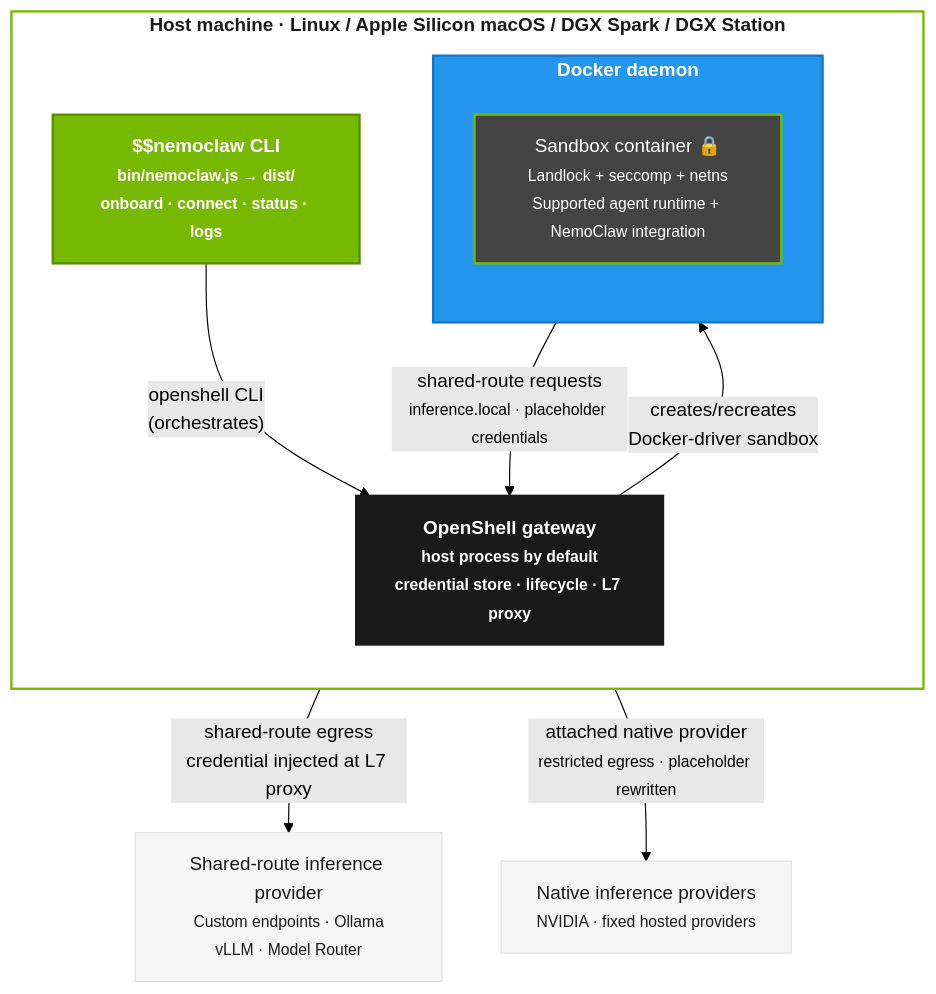
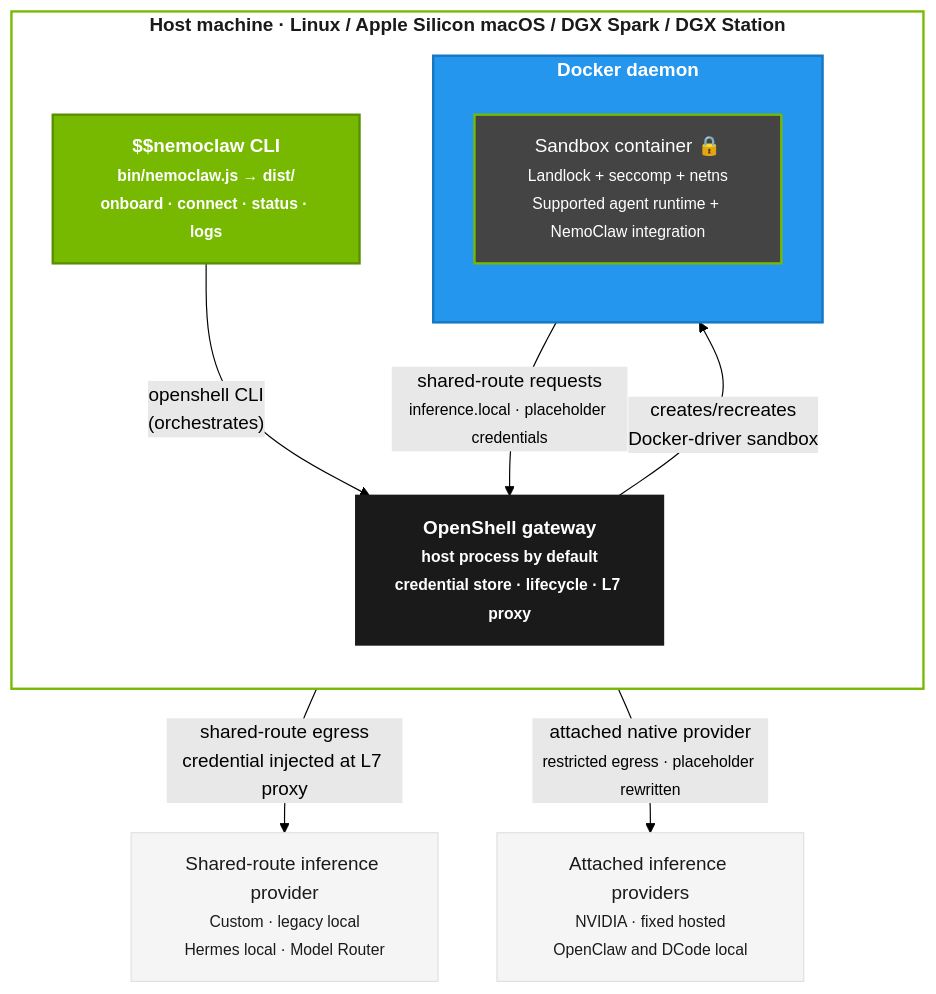
The second of 3 diagrams in docs/reference/architecture.mdx (Akhilvallala1/NemoClaw), drawn with Mermaid (forest theme) before and after one commit. The commit also changed other lines of this file and 31 other files, not shown here.

Commit message:
fix(inference): align native credentials and legacy rebuild preflight

````diff
--- a/docs/reference/architecture.mdx
+++ b/docs/reference/architecture.mdx
@@ -154,34 +154,34 @@
 ```mermaid
 graph TB
     classDef host fill:#fff,stroke:#76b900,stroke-width:2px,color:#1a1a1a,font-weight:bold
     classDef cli fill:#76b900,stroke:#5a8f00,color:#fff,stroke-width:2px,font-weight:bold
     classDef docker fill:#2496ed,stroke:#1577c2,color:#fff,stroke-width:2px,font-weight:bold
     classDef gateway fill:#1a1a1a,stroke:#1a1a1a,color:#fff,stroke-width:2px,font-weight:bold
     classDef sandbox fill:#444,stroke:#76b900,color:#fff,stroke-width:2px
     classDef external fill:#f5f5f5,stroke:#e0e0e0,color:#1a1a1a,stroke-width:1px
 
     subgraph HOST["Host machine · Linux / Apple Silicon macOS / DGX Spark / DGX Station"]
         direction TB
         CLI["$$nemoclaw CLI<br/><small>bin/nemoclaw.js → dist/<br/>onboard · connect · status · logs</small>"]:::cli
         GW["OpenShell gateway<br/><small>host process by default<br/>credential store · lifecycle · L7 proxy</small>"]:::gateway
 
         subgraph DOCKER["Docker daemon"]
             direction TB
             SANDBOX["Sandbox container 🔒<br/><small>Landlock + seccomp + netns<br/>Supported agent runtime + NemoClaw integration</small>"]:::sandbox
         end
     end
 
-    SHARED_INFER["Shared-route inference provider<br/><small>Custom endpoints · Ollama<br/>vLLM · Model Router</small>"]:::external
-    NVIDIA_INFER["Native inference providers<br/><small>NVIDIA · fixed hosted providers</small>"]:::external
+    SHARED_INFER["Shared-route inference provider<br/><small>Custom · legacy local<br/>Hermes local · Model Router</small>"]:::external
+    NVIDIA_INFER["Attached inference providers<br/><small>NVIDIA · fixed hosted<br/>OpenClaw and DCode local</small>"]:::external
 
     CLI -->|"openshell CLI<br/>(orchestrates)"| GW
     GW -->|"creates/recreates<br/>Docker-driver sandbox"| SANDBOX
     SANDBOX -->|"shared-route requests<br/><small>inference.local · placeholder credentials</small>"| GW
     GW -->|"shared-route egress<br/>credential injected at L7 proxy"| SHARED_INFER
     SANDBOX -->|"attached native provider<br/><small>restricted egress · placeholder rewritten</small>"| NVIDIA_INFER
 
     class HOST host
     class DOCKER docker
     class GW gateway
     class SANDBOX sandbox
 ```
````
